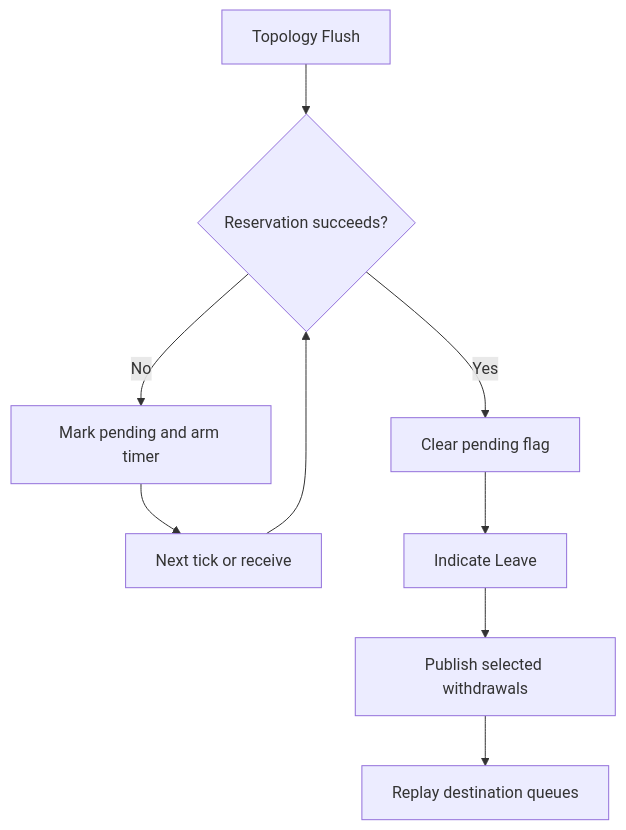
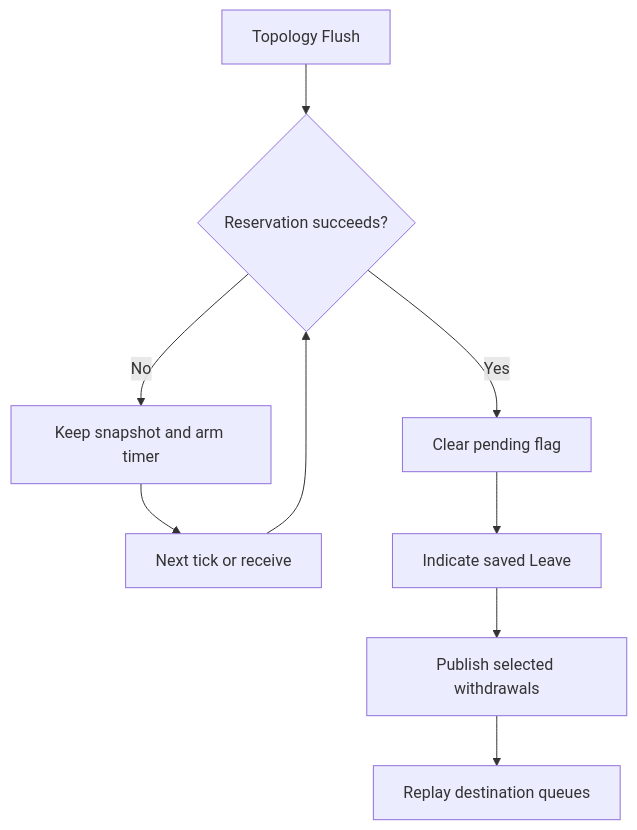
Before and after one commit to kebag-logic/lwSRP: the ninth of 10 diagrams in doc/developer.md, drawn with Mermaid. The commit also changed other lines of this file and 9 other files, not shown here.

Commit message:
Snapshot pending Flush values across Applicant updates

```diff
--- a/doc/developer.md
+++ b/doc/developer.md
@@ -300,11 +306,11 @@
 ~~~mermaid
 flowchart TD
     Flush[Topology Flush] --> Reserve{Reservation succeeds?}
     Reserve -->|Yes| Clear[Clear pending flag]
-    Reserve -->|No| Pending[Mark pending and arm timer]
+    Reserve -->|No| Pending[Keep snapshot and arm timer]
     Pending --> Tick[Next tick or receive]
     Tick --> Reserve
-    Clear --> Leave[Indicate Leave]
+    Clear --> Leave[Indicate saved Leave]
     Leave --> Queue[Publish selected withdrawals]
     Queue --> Replay[Replay destination queues]
 ~~~
```
